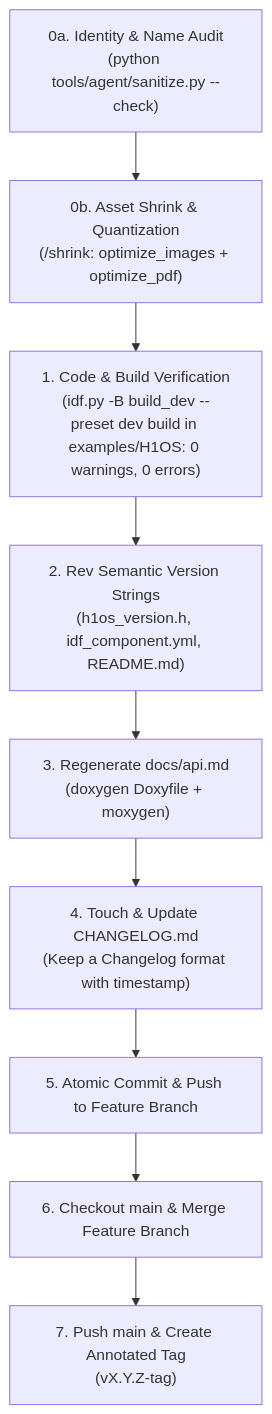
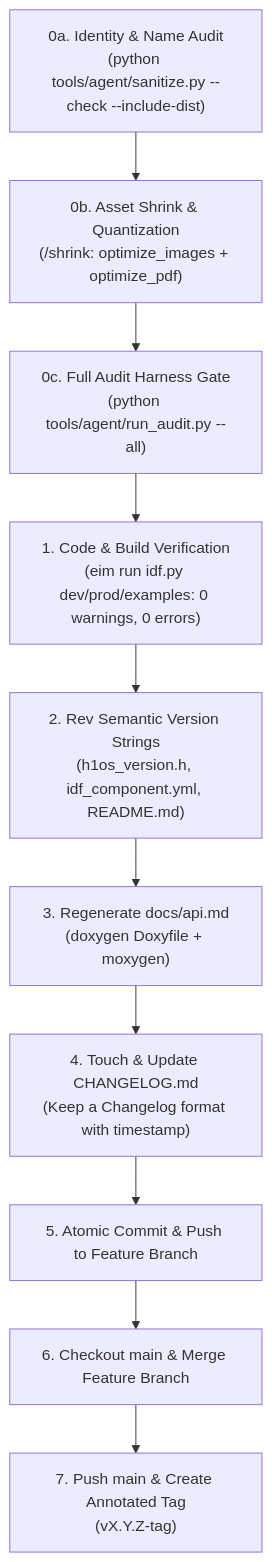
The diagram in .agents/rules/main-merge.md (Humidyne-Labs/H1OS), drawn with Mermaid before and after one commit. The commit also changed other lines of this file and 81 other files, not shown here.

Commit message:
chore(release): rev v2.4.11-dev, H1OS-STD-001 Rev 2.2 audit harness, tooling QA, tests & clean public API docs

````diff
--- a/.agents/rules/main-merge.md
+++ b/.agents/rules/main-merge.md
@@ -13,11 +13,12 @@
 ```mermaid
 graph TD;
-    A0["0a. Identity & Name Audit<br/>(python tools/agent/sanitize.py --check)"] --> A0b["0b. Asset Shrink & Quantization<br/>(/shrink: optimize_images + optimize_pdf)"];
-    A0b --> A["1. Code & Build Verification<br/>(idf.py -B build_dev --preset dev build in examples/H1OS: 0 warnings, 0 errors)"];
+    A0["0a. Identity & Name Audit<br/>(python tools/agent/sanitize.py --check --include-dist)"] --> A0b["0b. Asset Shrink & Quantization<br/>(/shrink: optimize_images + optimize_pdf)"];
+    A0b --> A0c["0c. Full Audit Harness Gate<br/>(python tools/agent/run_audit.py --all)"];
+    A0c --> A["1. Code & Build Verification<br/>(eim run idf.py dev/prod/examples: 0 warnings, 0 errors)"];
     A --> B["2. Rev Semantic Version Strings<br/>(h1os_version.h, idf_component.yml, README.md)"];
     B --> C["3. Regenerate docs/api.md<br/>(doxygen Doxyfile + moxygen)"];
     C --> D["4. Touch & Update CHANGELOG.md<br/>(Keep a Changelog format with timestamp)"];
     D --> E["5. Atomic Commit & Push to Feature Branch"];
     E --> F["6. Checkout main & Merge Feature Branch"];
     F --> G["7. Push main & Create Annotated Tag<br/>(vX.Y.Z-tag)"];
 ```
````
